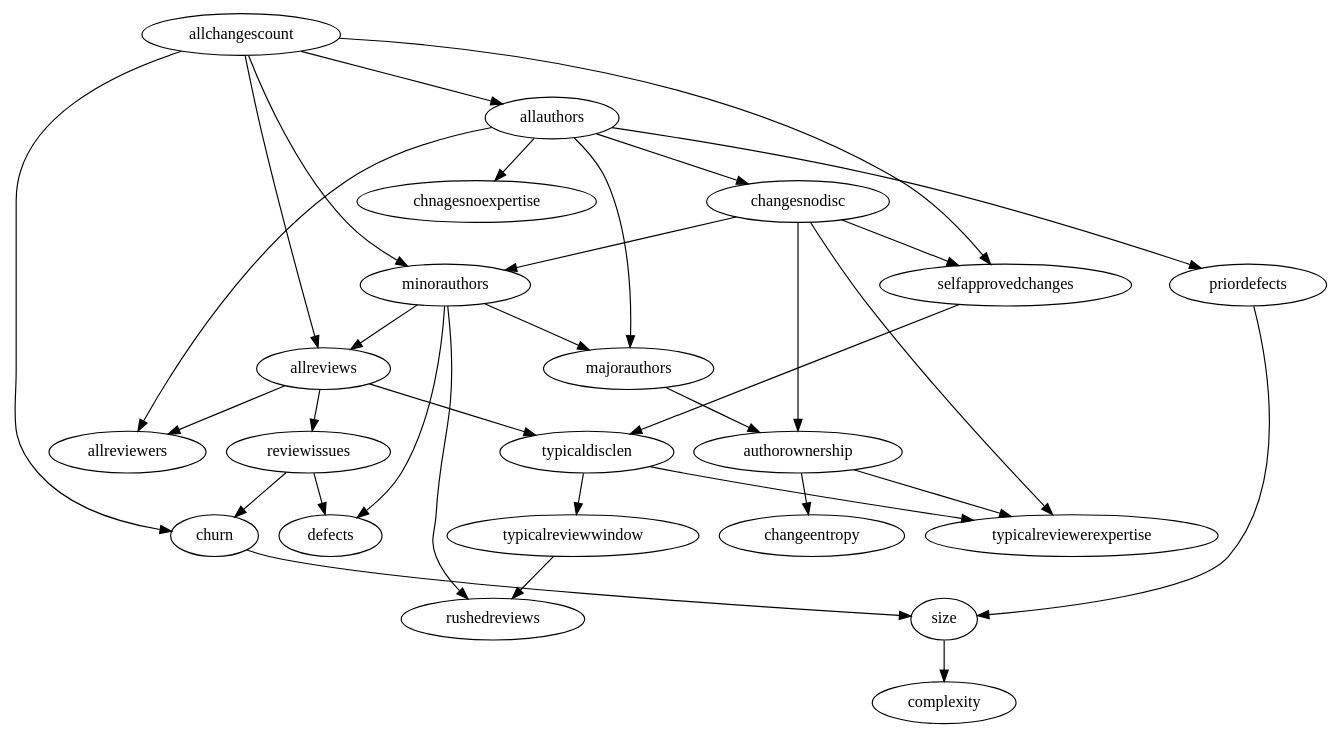
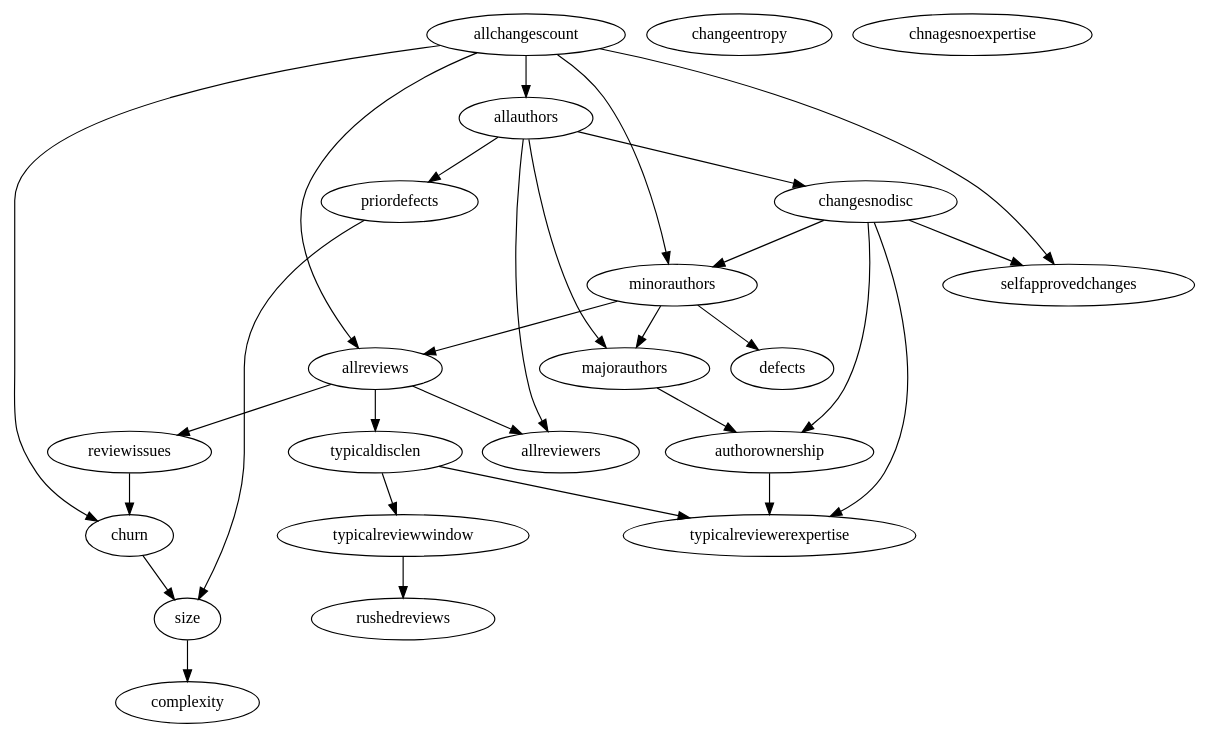
One commit to CESEL/ReviewPostReleaseDefectsReplication changed the diagram in BayesianNetworks/Results/chrome_43.dot. Above: the diagram before and after it, drawn with Graphviz. The commit also changed 2 other files, not shown here.

```diff
--- a/BayesianNetworks/Results/chrome_43.dot
+++ b/BayesianNetworks/Results/chrome_43.dot
@@ -1,56 +1,51 @@
 digraph {
   "size" ;
   "complexity" ;
   "priordefects" ;
   "churn" ;
   "allchangescount" ;
   "changeentropy" ;
   "allauthors" ;
   "minorauthors" ;
   "majorauthors" ;
   "authorownership" ;
   "rushedreviews" ;
   "changesnodisc" ;
   "selfapprovedchanges" ;
   "typicaldisclen" ;
   "typicalreviewwindow" ;
   "reviewissues" ;
   "allreviews" ;
   "allreviewers" ;
   "chnagesnoexpertise" ;
   "typicalreviewerexpertise" ;
   "defects" ;
   edge [dir=forward] "size" -> "complexity" ;
   edge [dir=forward] "priordefects" -> "size" ;
   edge [dir=forward] "churn" -> "size" ;
   edge [dir=forward] "allchangescount" -> "churn" ;
   edge [dir=forward] "allchangescount" -> "allauthors" ;
   edge [dir=forward] "allchangescount" -> "minorauthors" ;
   edge [dir=forward] "allchangescount" -> "selfapprovedchanges" ;
   edge [dir=forward] "allchangescount" -> "allreviews" ;
   edge [dir=forward] "allauthors" -> "priordefects" ;
   edge [dir=forward] "allauthors" -> "majorauthors" ;
   edge [dir=forward] "allauthors" -> "changesnodisc" ;
   edge [dir=forward] "allauthors" -> "allreviewers" ;
-  edge [dir=forward] "allauthors" -> "chnagesnoexpertise" ;
   edge [dir=forward] "minorauthors" -> "majorauthors" ;
-  edge [dir=forward] "minorauthors" -> "rushedreviews" ;
   edge [dir=forward] "minorauthors" -> "allreviews" ;
+  edge [dir=forward] "minorauthors" -> "defects" ;
   edge [dir=forward] "majorauthors" -> "authorownership" ;
-  edge [dir=forward] "authorownership" -> "changeentropy" ;
   edge [dir=forward] "authorownership" -> "typicalreviewerexpertise" ;
   edge [dir=forward] "changesnodisc" -> "minorauthors" ;
   edge [dir=forward] "changesnodisc" -> "authorownership" ;
   edge [dir=forward] "changesnodisc" -> "selfapprovedchanges" ;
   edge [dir=forward] "changesnodisc" -> "typicalreviewerexpertise" ;
-  edge [dir=forward] "selfapprovedchanges" -> "typicaldisclen" ;
   edge [dir=forward] "typicaldisclen" -> "typicalreviewwindow" ;
   edge [dir=forward] "typicaldisclen" -> "typicalreviewerexpertise" ;
   edge [dir=forward] "typicalreviewwindow" -> "rushedreviews" ;
   edge [dir=forward] "reviewissues" -> "churn" ;
-  edge [dir=forward] "reviewissues" -> "defects" ;
   edge [dir=forward] "allreviews" -> "typicaldisclen" ;
   edge [dir=forward] "allreviews" -> "reviewissues" ;
   edge [dir=forward] "allreviews" -> "allreviewers" ;
-  edge [dir=forward] "minorauthors" -> "defects" ;
 }
```
